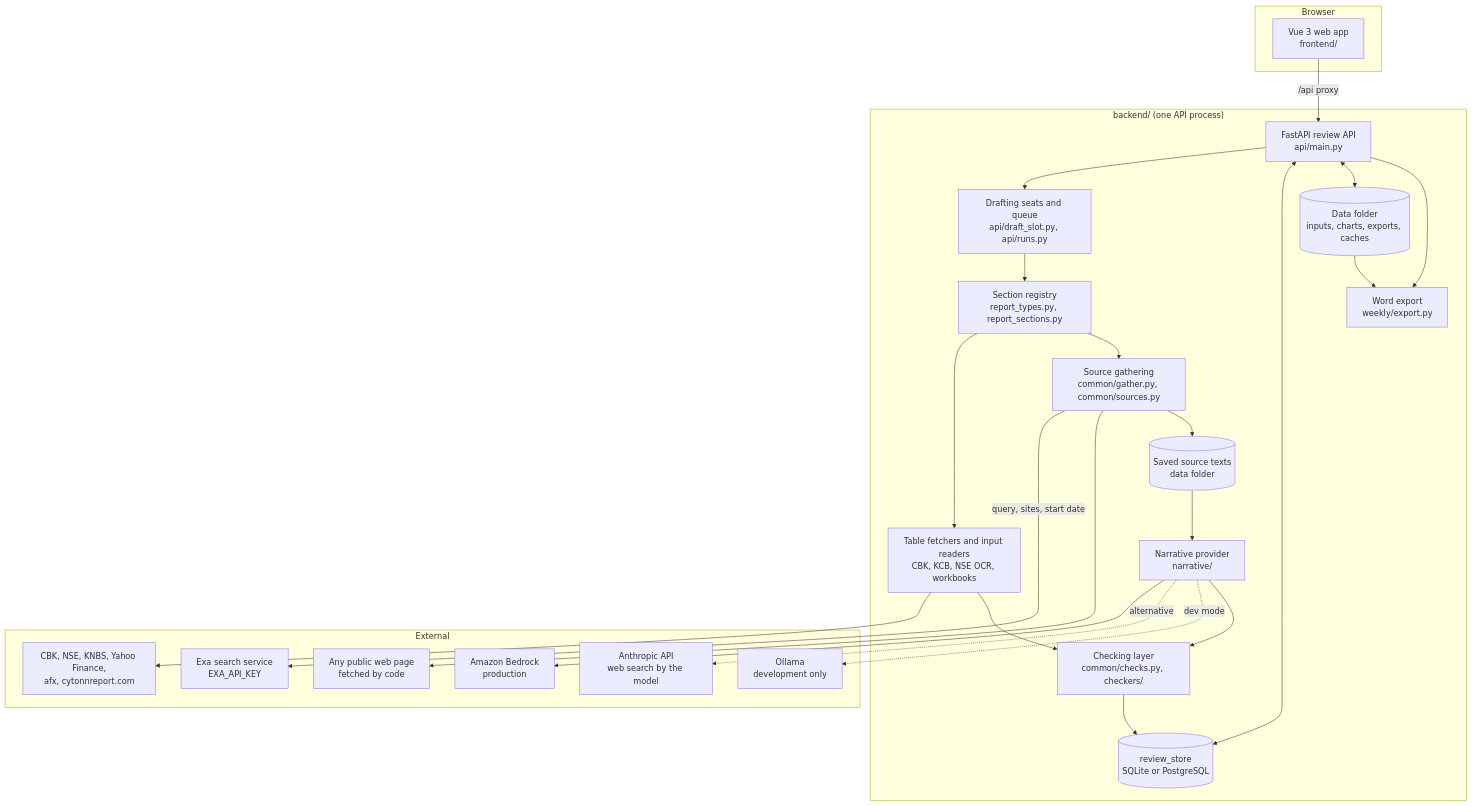
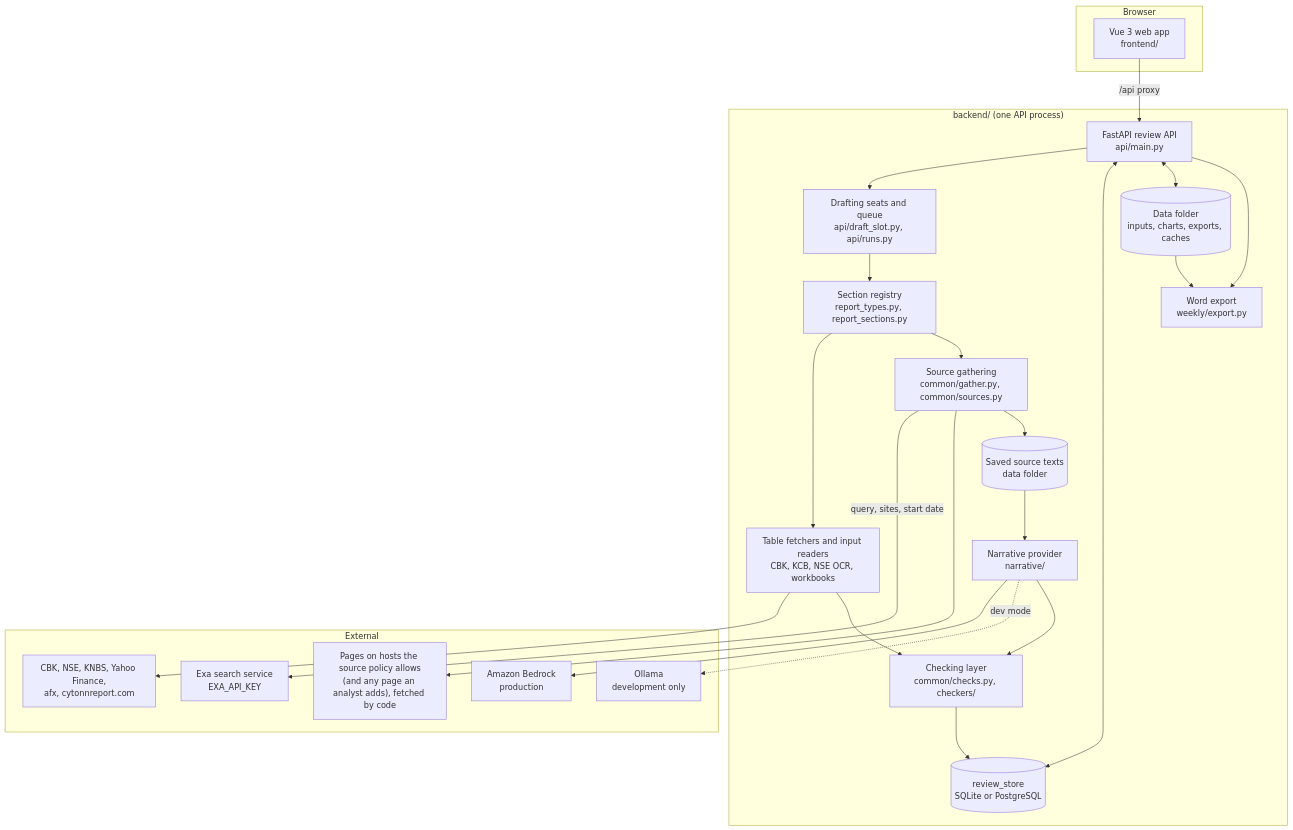
Before and after one commit to clivemisiko/Cytonn_Weekly: the second of 2 diagrams in README.md, drawn with Mermaid. The commit also changed other lines of this file and 37 other files, not shown here.

````diff
--- a/README.md
+++ b/README.md
@@ -37,45 +37,43 @@
 ```mermaid
 flowchart TB
     subgraph Browser
         UI["Vue 3 web app<br/>frontend/"]
     end
     subgraph Backend["backend/ (one API process)"]
         API["FastAPI review API<br/>api/main.py"]
         Q["Drafting seats and queue<br/>api/draft_slot.py, api/runs.py"]
         REG["Section registry<br/>report_types.py, report_sections.py"]
         FETCH["Table fetchers and input readers<br/>CBK, KCB, NSE OCR, workbooks"]
         GATHER["Source gathering<br/>common/gather.py, common/sources.py"]
         SRC[("Saved source texts<br/>data folder")]
         PROV["Narrative provider<br/>narrative/"]
         CHECK["Checking layer<br/>common/checks.py, checkers/"]
         STORE[("review_store<br/>SQLite or PostgreSQL")]
         FILES[("Data folder<br/>inputs, charts, exports, caches")]
         DOCX["Word export<br/>weekly/export.py"]
     end
     subgraph External
         PUB["CBK, NSE, KNBS, Yahoo Finance,<br/>afx, cytonnreport.com"]
         EXA["Exa search service<br/>EXA_API_KEY"]
-        SITES["Any public web page<br/>fetched by code"]
+        SITES["Pages on hosts the source policy allows<br/>(and any page an analyst adds), fetched by code"]
         BR["Amazon Bedrock<br/>production"]
-        AN["Anthropic API<br/>web search by the model"]
         OL["Ollama<br/>development only"]
     end
     UI -->|"/api proxy"| API
     API --> Q --> REG
     REG --> FETCH --> PUB
     REG --> GATHER
     GATHER -->|"query, sites, start date"| EXA
     GATHER --> SITES
     GATHER --> SRC
     SRC --> PROV
     PROV --> BR
-    PROV -.alternative.-> AN
     PROV -.dev mode.-> OL
     FETCH --> CHECK
     PROV --> CHECK
     CHECK --> STORE
     API <--> STORE
     API <--> FILES
     API --> DOCX
     FILES --> DOCX
 ```
````
